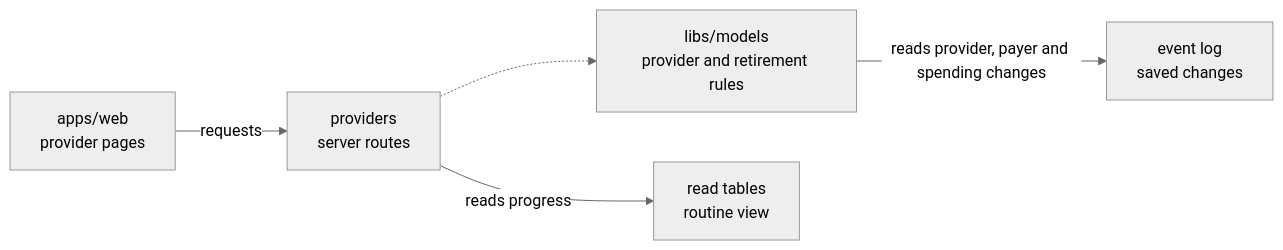
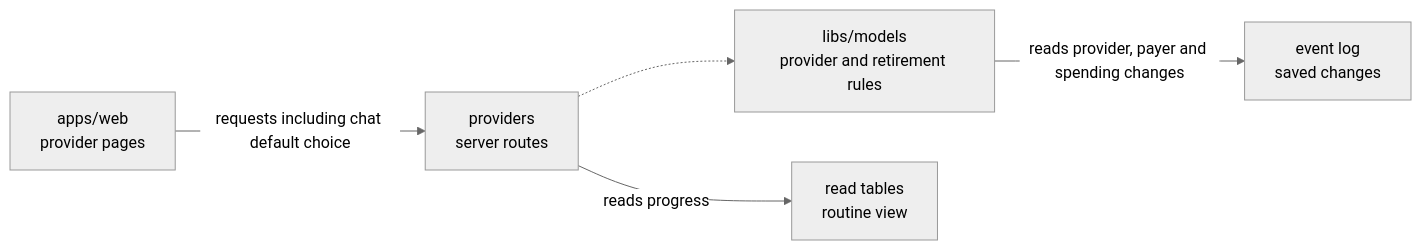
One commit to elewa-git/opencrane-new changed the diagram in apps/server/src/providers/README.md. Above: the diagram before and after it, drawn with Mermaid (neutral theme). The commit also changed other lines of this file and 42 other files, not shown here.

First line of the commit message:
🐛 Let admins choose the chat default on any ready connection (#1192)

````diff
--- a/apps/server/src/providers/README.md
+++ b/apps/server/src/providers/README.md
@@ -46,7 +48,7 @@
 ```mermaid
 flowchart LR
-  web["apps/web<br/>provider pages"] -->|requests| routes["providers<br/>server routes"]
+  web["apps/web<br/>provider pages"] -->|requests including chat default choice| routes["providers<br/>server routes"]
   routes -.-> models["libs/models<br/>provider and retirement rules"]
   models -->|reads provider, payer and spending changes| store["event log<br/>saved changes"]
   routes -->|reads progress| tables["read tables<br/>routine view"]
 ```
````
